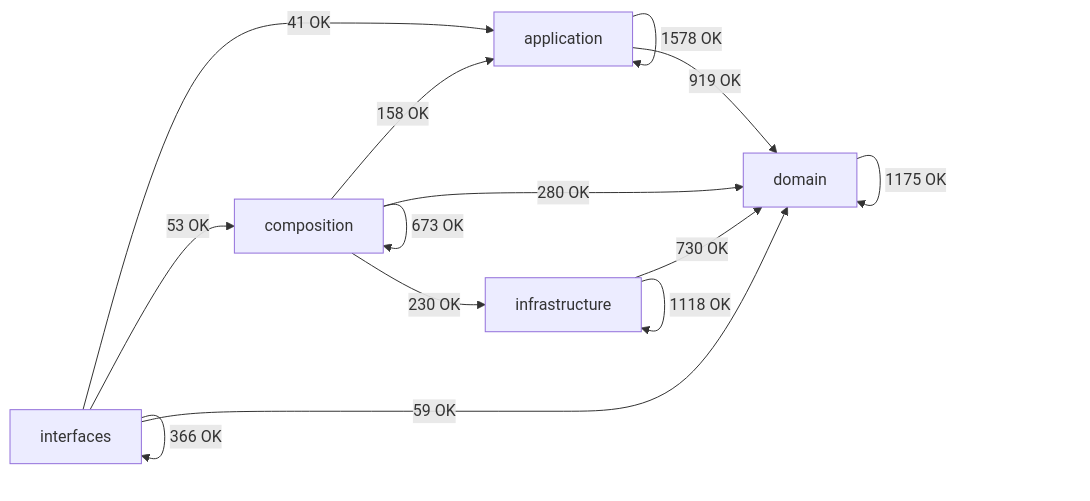
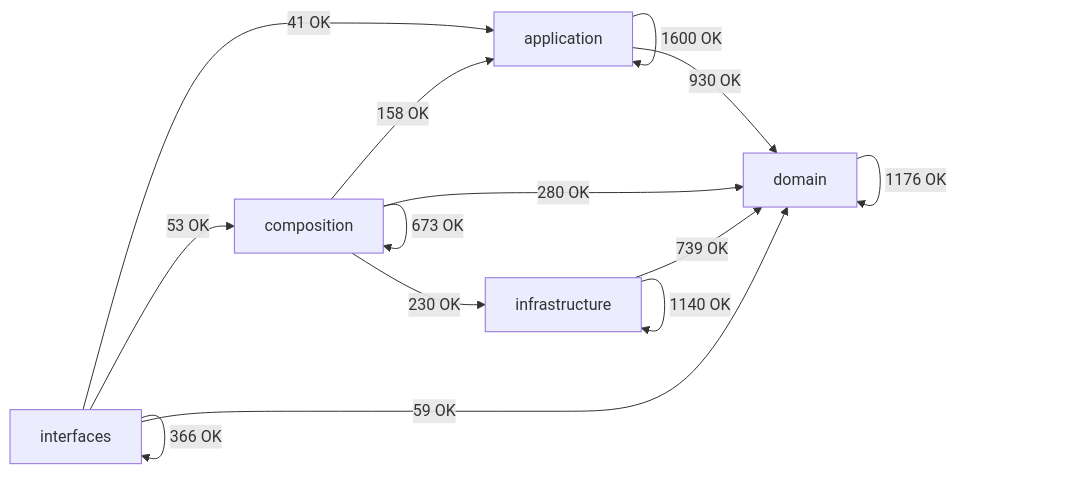
Before and after one commit to SatoryKono/BioactivityDataAcquisition: the diagram in docs/02-architecture/generated/module-dependency-map.md, drawn with Mermaid. The commit also changed other lines of this file and 4 other files, not shown here.

````diff
--- a/docs/02-architecture/generated/module-dependency-map.md
+++ b/docs/02-architecture/generated/module-dependency-map.md
@@ -17,21 +17,21 @@
 ```mermaid
 flowchart LR
     domain[domain]
     application[application]
     infrastructure[infrastructure]
     composition[composition]
     interfaces[interfaces]
-    application -->|1578 OK| application
-    application -->|919 OK| domain
+    application -->|1600 OK| application
+    application -->|930 OK| domain
     composition -->|158 OK| application
     composition -->|673 OK| composition
     composition -->|280 OK| domain
     composition -->|230 OK| infrastructure
-    domain -->|1175 OK| domain
-    infrastructure -->|730 OK| domain
-    infrastructure -->|1118 OK| infrastructure
+    domain -->|1176 OK| domain
+    infrastructure -->|739 OK| domain
+    infrastructure -->|1140 OK| infrastructure
     interfaces -->|41 OK| application
     interfaces -->|53 OK| composition
     interfaces -->|59 OK| domain
     interfaces -->|366 OK| interfaces
 ```
````
